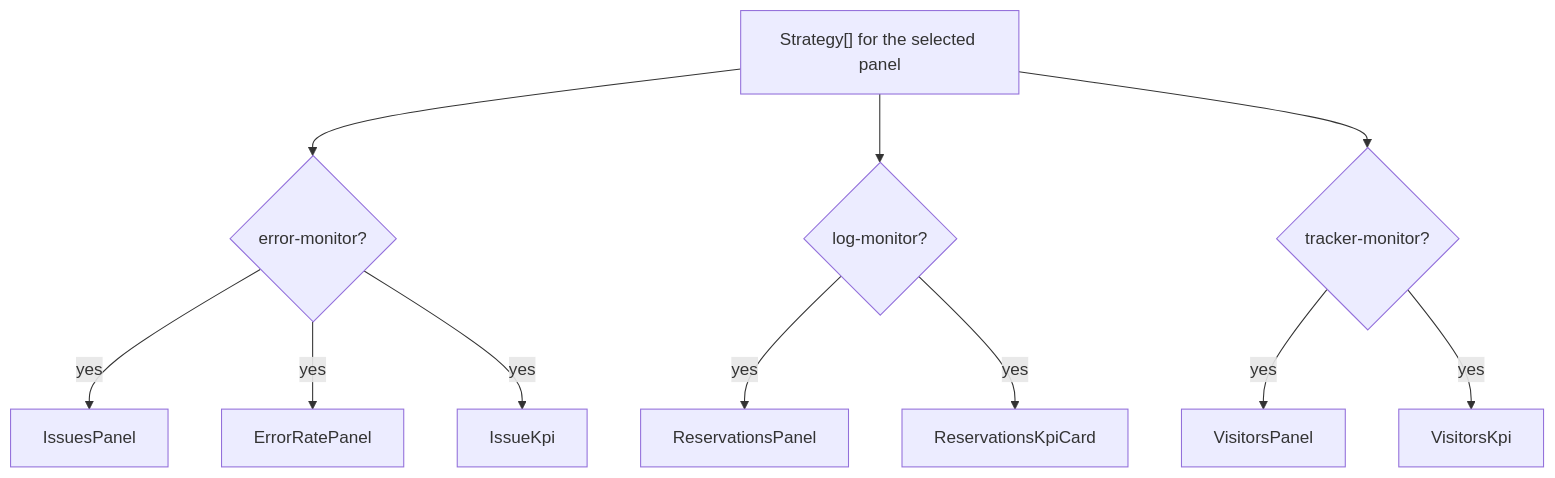
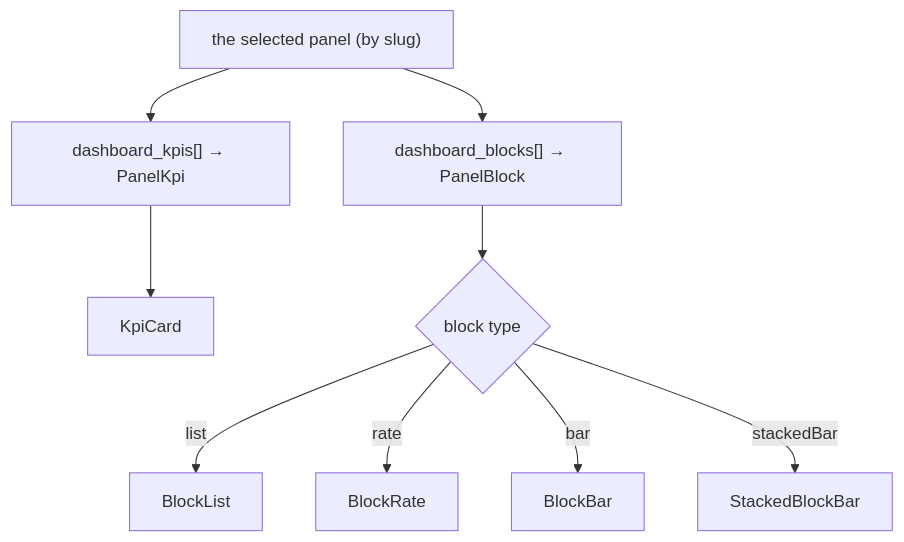
The fourth of 6 diagrams in apps/docs-site/docs/panels.md (webteamuxco/dashboard-monitor), drawn with Mermaid before and after one commit. The commit also changed other lines of this file and 10 other files, not shown here.

````diff
--- a/apps/docs-site/docs/panels.md
+++ b/apps/docs-site/docs/panels.md
@@ -138,13 +172,11 @@
 ```mermaid
 flowchart TB
-    Strat["Strategy[] for the selected panel"] --> Err{error-monitor?}
-    Strat --> Log{log-monitor?}
-    Strat --> Trk{tracker-monitor?}
-    Err -->|yes| E1[IssuesPanel]
-    Err -->|yes| E2[ErrorRatePanel]
-    Err -->|yes| E3[IssueKpi]
-    Log -->|yes| L1[ReservationsPanel]
-    Log -->|yes| L2[ReservationsKpiCard]
-    Trk -->|yes| T1[VisitorsPanel]
-    Trk -->|yes| T2[VisitorsKpi]
+    Panel["the selected panel (by slug)"] --> Kpis["dashboard_kpis[] → PanelKpi"]
+    Panel --> Blocks["dashboard_blocks[] → PanelBlock"]
+    Kpis --> K1[KpiCard]
+    Blocks --> T{block type}
+    T -->|list| B1[BlockList]
+    T -->|rate| B2[BlockRate]
+    T -->|bar| B3[BlockBar]
+    T -->|stackedBar| B4[StackedBlockBar]
 ```
````
